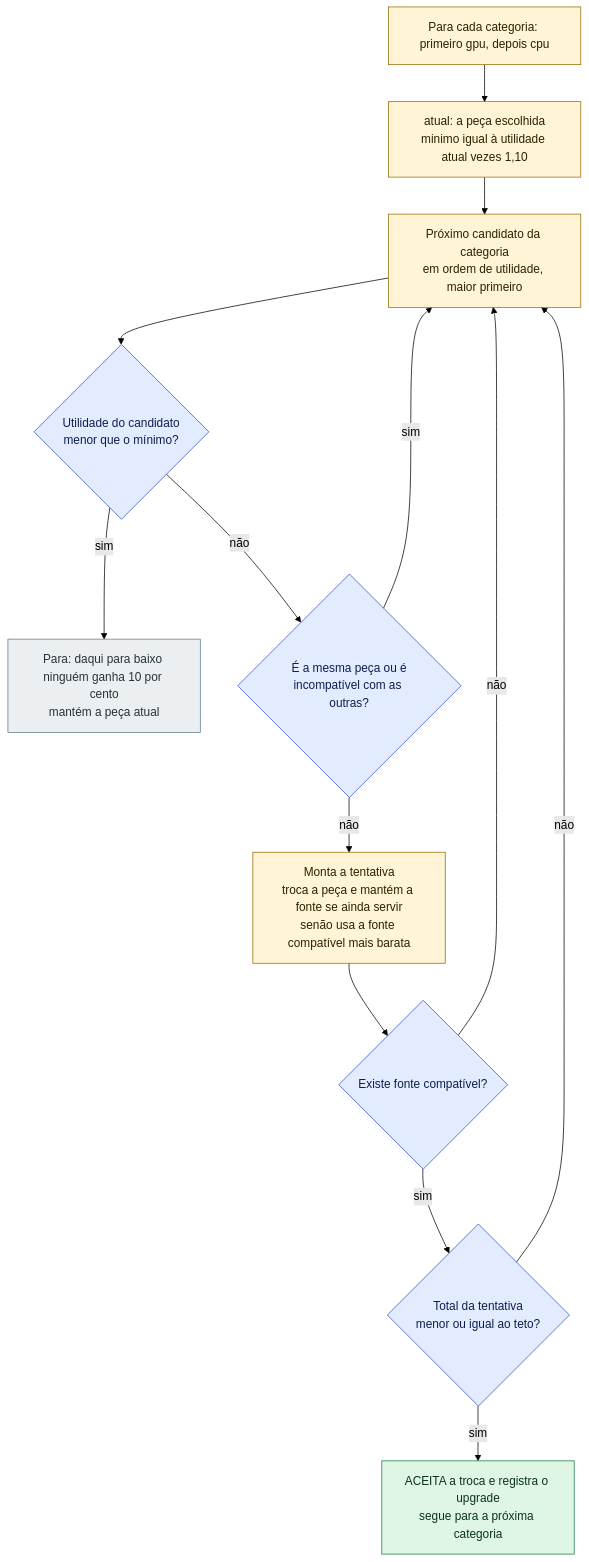
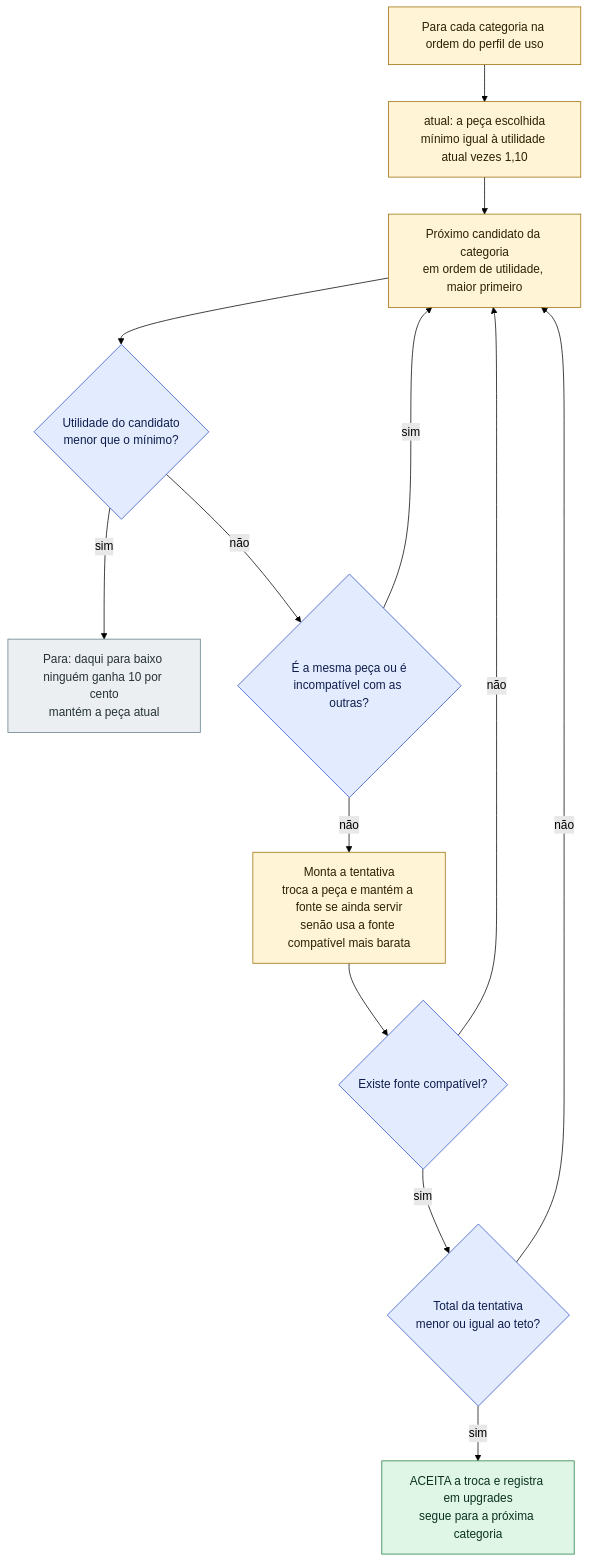
One commit to FEJAPA/Garimpo-PC changed the sixth of 7 diagrams in docs/diagramas/fluxo-montador.md. Above: the diagram before and after it, drawn with Mermaid (forest theme). The commit also changed other lines of this file and 26 other files, not shown here.

````diff
--- a/docs/diagramas/fluxo-montador.md
+++ b/docs/diagramas/fluxo-montador.md
@@ -144,21 +260,21 @@
 ```mermaid
 flowchart TD
     classDef passo fill:#fff4d6,stroke:#9a6b00,color:#2b2200
     classDef decisao fill:#e3ecff,stroke:#2f4fbf,color:#0f1d4d
     classDef ok fill:#dff5e6,stroke:#1b7a3f,color:#0b3320
     classDef neutro fill:#eceff1,stroke:#607d8b,color:#263238
 
-    U0["Para cada categoria: primeiro gpu, depois cpu"]:::passo
-    U0 --> U1["atual: a peça escolhida<br/>minimo igual à utilidade atual vezes 1,10"]:::passo
+    U0["Para cada categoria na ordem do perfil de uso"]:::passo
+    U0 --> U1["atual: a peça escolhida<br/>mínimo igual à utilidade atual vezes 1,10"]:::passo
     U1 --> U2["Próximo candidato da categoria<br/>em ordem de utilidade, maior primeiro"]:::passo
     U2 --> U3{"Utilidade do candidato<br/>menor que o mínimo?"}:::decisao
     U3 -->|"sim"| U9["Para: daqui para baixo ninguém ganha 10 por cento<br/>mantém a peça atual"]:::neutro
     U3 -->|"não"| U4{"É a mesma peça ou é<br/>incompatível com as outras?"}:::decisao
     U4 -->|"sim"| U2
     U4 -->|"não"| U5["Monta a tentativa<br/>troca a peça e mantém a fonte se ainda servir<br/>senão usa a fonte compatível mais barata"]:::passo
     U5 --> U6{"Existe fonte compatível?"}:::decisao
     U6 -->|"não"| U2
     U6 -->|"sim"| U7{"Total da tentativa<br/>menor ou igual ao teto?"}:::decisao
     U7 -->|"não"| U2
-    U7 -->|"sim"| U8["ACEITA a troca e registra o upgrade<br/>segue para a próxima categoria"]:::ok
+    U7 -->|"sim"| U8["ACEITA a troca e registra em upgrades<br/>segue para a próxima categoria"]:::ok
 ```
````
